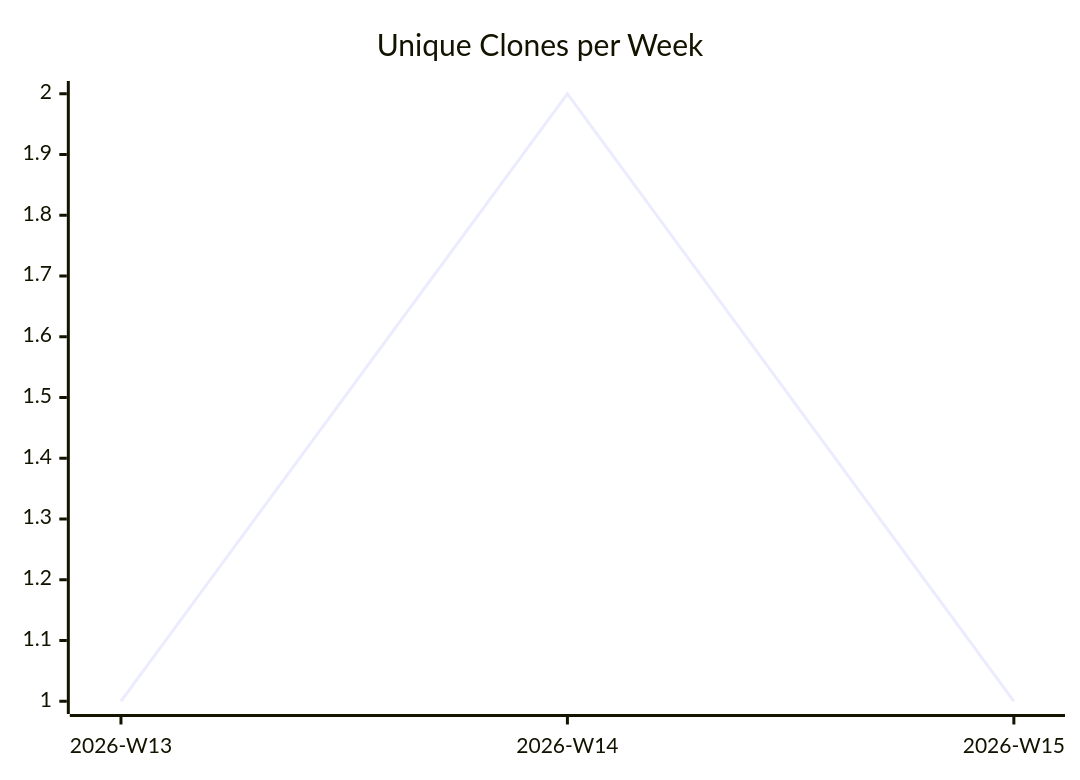
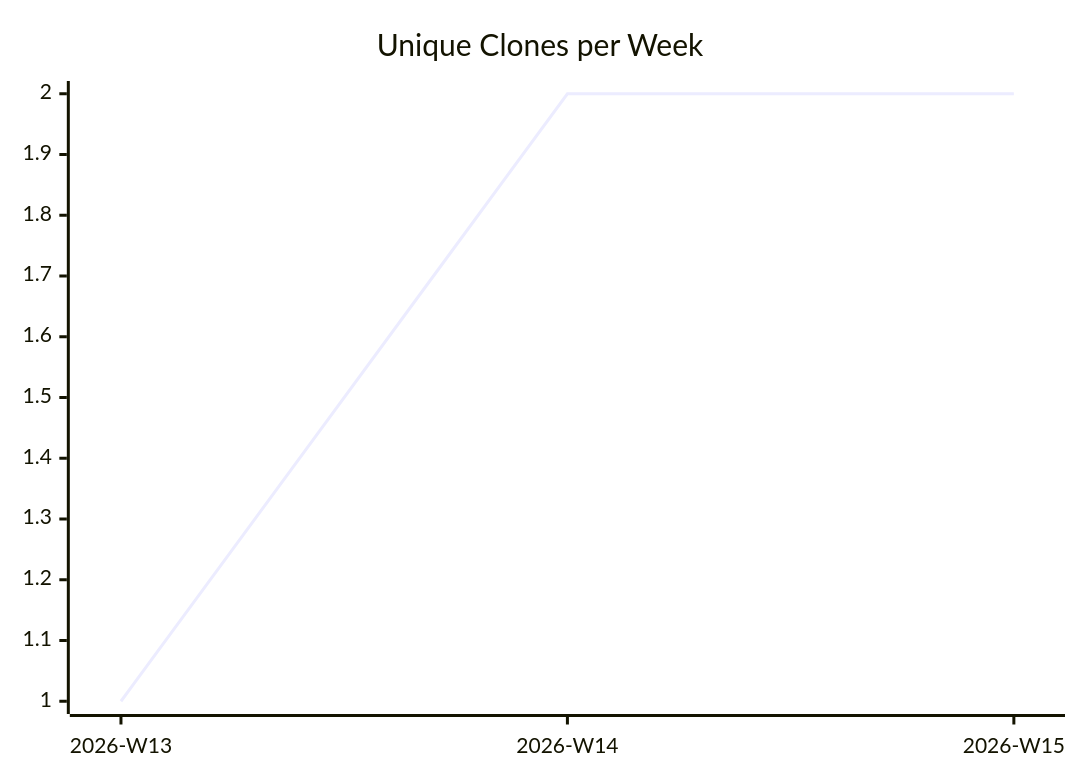
One commit to justdavis-family/github-analytics-data changed the third of 3 diagrams in karlmdavis/hello-rust-actix/README.md. Above: the diagram before and after it, drawn with Mermaid. The commit also changed other lines of this file and 192 other files, not shown here.

````diff
--- a/karlmdavis/hello-rust-actix/README.md
+++ b/karlmdavis/hello-rust-actix/README.md
@@ -19,6 +19,6 @@
 ```mermaid
 xychart-beta
   title "Unique Clones per Week"
   x-axis ["2026-W13", "2026-W14", "2026-W15"]
-  line [1, 2, 1]
+  line [1, 2, 2]
 ```
````
